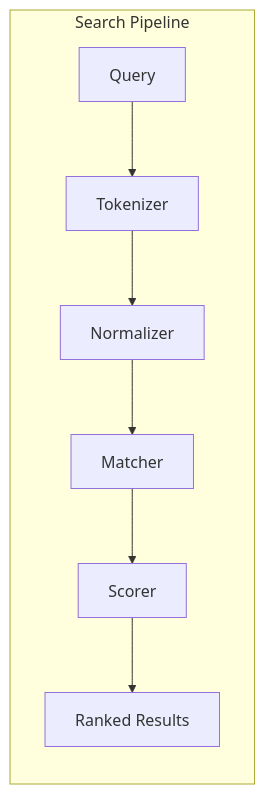
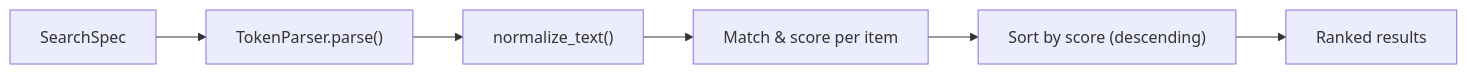
Before and after one commit to CybLow/paginate: the diagram in docs/concepts/search-relevance.md, drawn with Mermaid. The commit also changed other lines of this file and 427 other files, not shown here.

First line of the commit message:
feat: v0.2.0 architecture refactor — security, performance, DX, docs (#10)

````diff
--- a/docs/concepts/search-relevance.md
+++ b/docs/concepts/search-relevance.md
@@ -8,10 +11,8 @@
 ```{mermaid}
 graph LR
-    subgraph "Search Pipeline"
-        Q[Query] --> T[Tokenizer]
-        T --> N[Normalizer]
-        N --> M[Matcher]
-        M --> S[Scorer]
-        S --> R[Ranked Results]
-    end
+    Q["SearchSpec"] --> T["TokenParser.parse()"]
+    T --> N["normalize_text()"]
+    N --> M["Match & score per item"]
+    M --> R["Sort by score (descending)"]
+    R --> O["Ranked results"]
 ```
````
